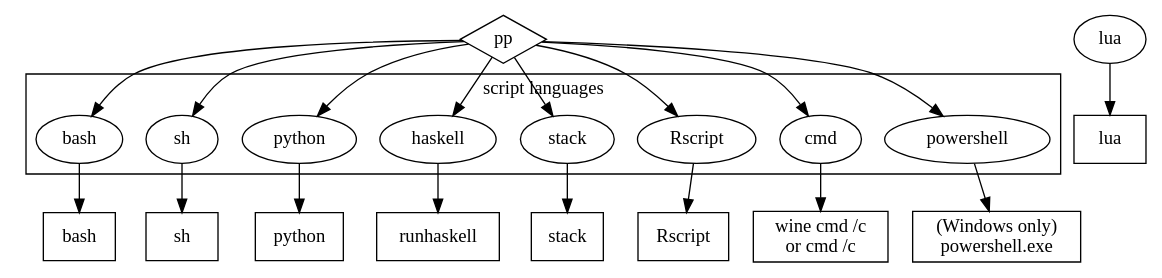
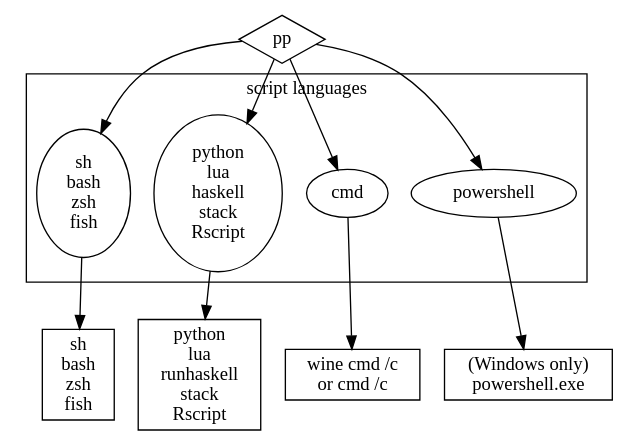
Before and after one commit to CDSoft/pp: the diagram in doc/img/pp-scripts.dot, drawn with Graphviz. The commit also changed 8 other files, not shown here.

```diff
--- a/doc/img/pp-scripts.dot
+++ b/doc/img/pp-scripts.dot
@@ -1,31 +1,26 @@
 
 digraph {
 
     subgraph cluster_cmd {
         label = "script languages"
-        bash sh python haskell stack Rscript cmd powershell
+        shell script cmd powershell
     }
 
     PP [shape=diamond label="pp"]
-    bash sh cmd python haskell stack
-    Bash [shape=box label="bash"]
-    Sh [shape=box label="sh"]
-    Python [shape=box label="python"]
-    Lua [shape=box label="lua"]
-    Haskell [shape=box label="runhaskell"]
-    Stack [shape=box label="stack"]
-    Rscriptexe [shape=box label="Rscript"]
-    Cmd [shape=box label="wine cmd /c\nor cmd /c"]
-    PowerShell [shape=box label="(Windows only)\npowershell.exe"]
 
-    PP -> {bash sh python haskell stack Rscript cmd powershell}
-    bash -> Bash
-    sh -> Sh
-    python -> Python
-    lua -> Lua
-    haskell -> Haskell
-    stack -> Stack
-    Rscript -> Rscriptexe
-    cmd -> Cmd
-    powershell -> PowerShell
+    shell [label="sh\nbash\nzsh\nfish"]
+    script [label="python\nlua\nhaskell\nstack\nRscript"]
+    cmd [label="cmd"]
+    powershell [label="powershell"]
+
+    shellexe [shape=box label="sh\nbash\nzsh\nfish"]
+    scriptexe [shape=box label="python\nlua\nrunhaskell\nstack\nRscript"]
+    cmdexe [shape=box label="wine cmd /c\nor cmd /c"]
+    powershellexe [shape=box label="(Windows only)\npowershell.exe"]
+
+    PP -> {shell script cmd powershell}
+    shell -> shellexe
+    script -> scriptexe
+    cmd -> cmdexe
+    powershell -> powershellexe
 }
```
